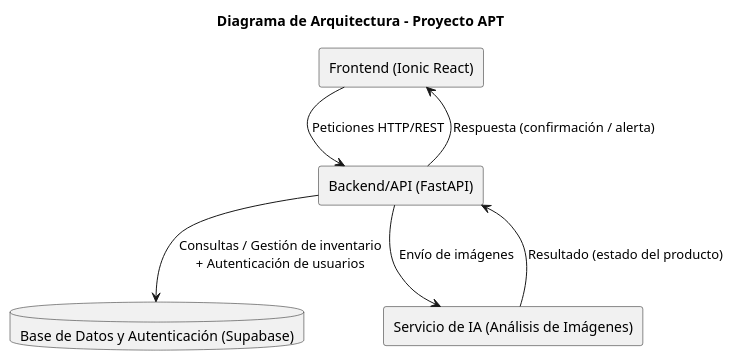
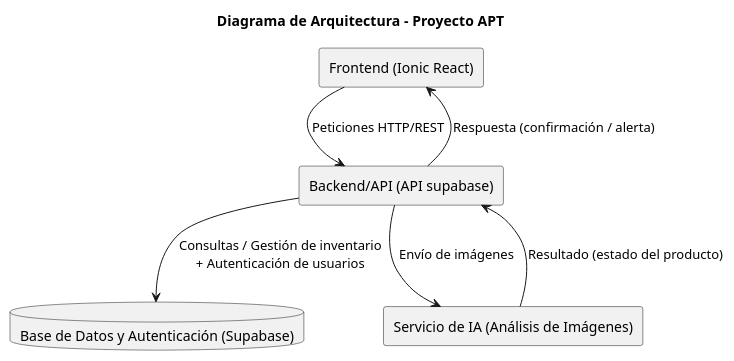
One commit to Tihare-Campusano/NEXA changed the diagram in inventario-app/docs/diagramas/Diagrama_de_arquitectura.puml. Above: the diagram before and after it, drawn with PlantUML. The commit also changed 1 other file, not shown here.

```diff
--- a/inventario-app/docs/diagramas/Diagrama_de_arquitectura.puml
+++ b/inventario-app/docs/diagramas/Diagrama_de_arquitectura.puml
@@ -1,15 +1,15 @@
 @startuml Diagrama_de_arquitectura
 title Diagrama de Arquitectura - Proyecto APT
 
 rectangle "Frontend (Ionic React)" as FE
-rectangle "Backend/API (FastAPI)" as BE
+rectangle "Backend/API (API supabase)" as BE
 database "Base de Datos y Autenticación (Supabase)" as DB
 rectangle "Servicio de IA (Análisis de Imágenes)" as IA
 
 FE --> BE : Peticiones HTTP/REST
 BE --> DB : Consultas / Gestión de inventario\n+ Autenticación de usuarios
 BE --> IA : Envío de imágenes
 IA --> BE : Resultado (estado del producto)
 BE --> FE : Respuesta (confirmación / alerta)
 
 @enduml
```
